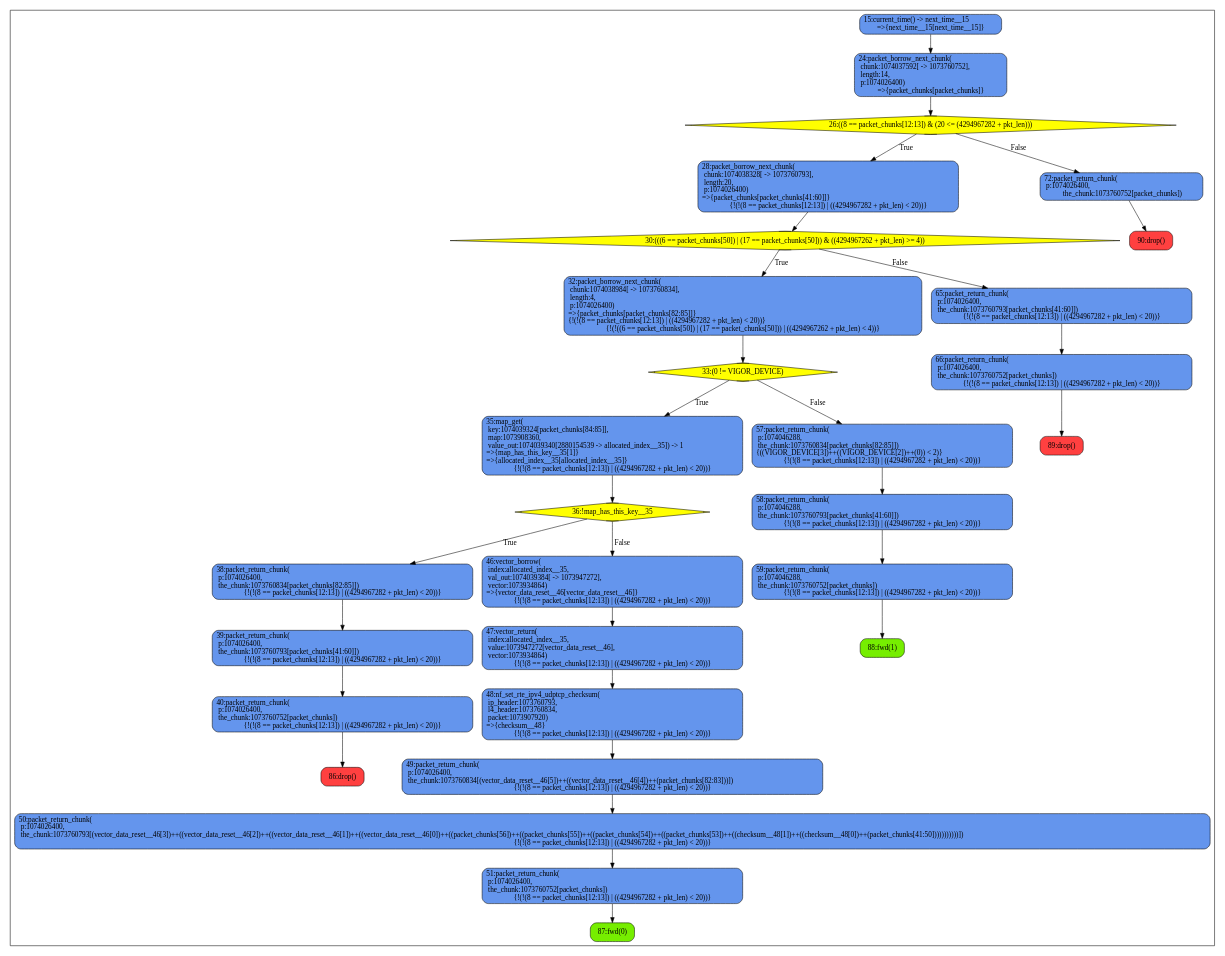
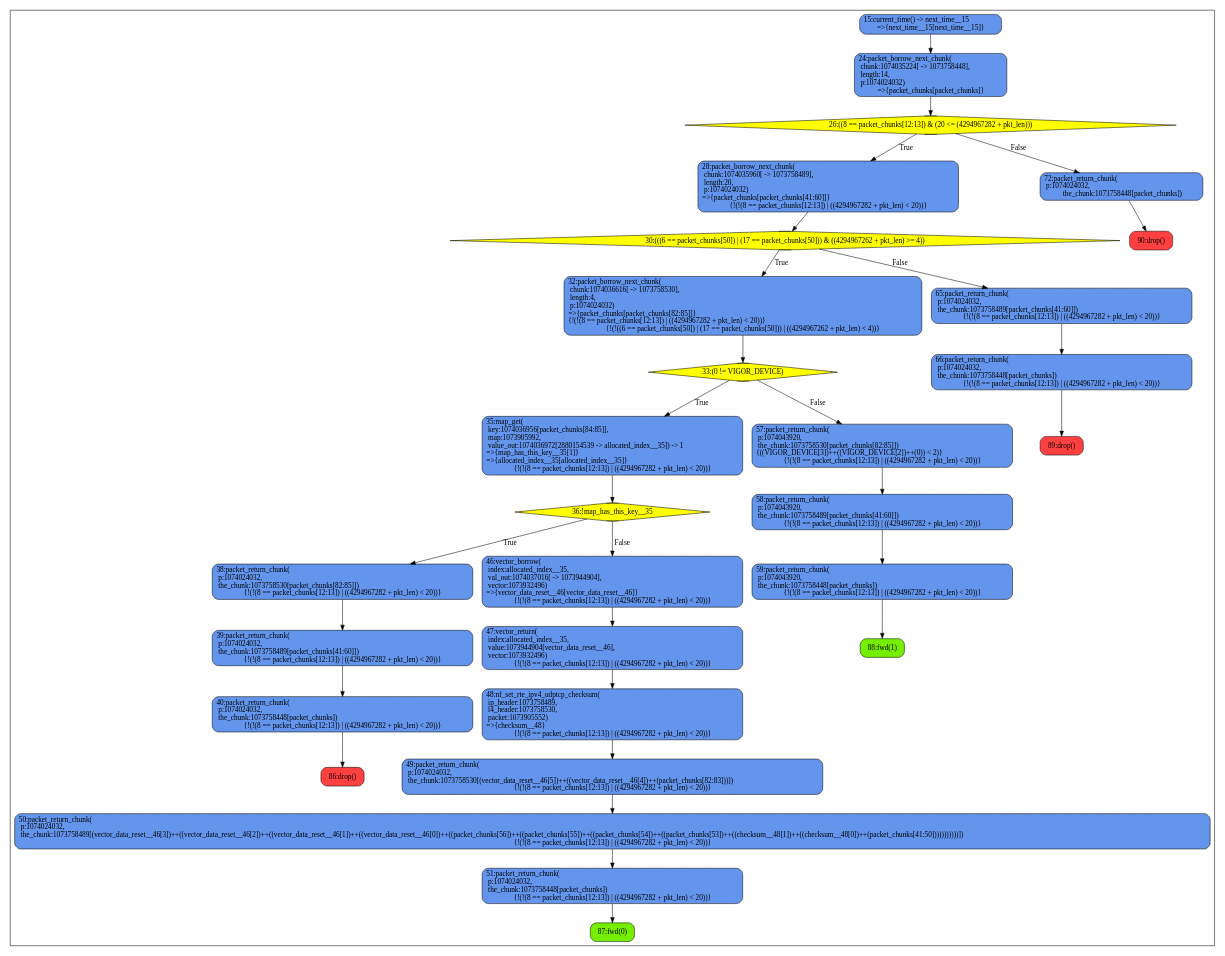
The diagram in bdds/gallium-proxy.gv (gui-baeta/synapse), drawn with Graphviz before and after one commit. The commit also changed 288 other files, not shown here.

```diff
--- a/bdds/gallium-proxy.gv
+++ b/bdds/gallium-proxy.gv
@@ -1,63 +1,63 @@
 digraph mygraph {
 	node [shape=box style=rounded border=0];
 	subgraph clusterprocess {
 		node [style="rounded,filled",color=black];
 		86 [label="86:drop()", fillcolor="brown1"];
-		40 [label="40:packet_return_chunk(\l  p:1074026400,\l  the_chunk:1073760752[packet_chunks])\l{!(!(8 == packet_chunks[12:13]) | ((4294967282 + pkt_len) < 20))}", fillcolor="cornflowerblue"];
+		40 [label="40:packet_return_chunk(\l  p:1074024032,\l  the_chunk:1073758448[packet_chunks])\l{!(!(8 == packet_chunks[12:13]) | ((4294967282 + pkt_len) < 20))}", fillcolor="cornflowerblue"];
 		40 -> 86;
-		39 [label="39:packet_return_chunk(\l  p:1074026400,\l  the_chunk:1073760793[packet_chunks[41:60]])\l{!(!(8 == packet_chunks[12:13]) | ((4294967282 + pkt_len) < 20))}", fillcolor="cornflowerblue"];
+		39 [label="39:packet_return_chunk(\l  p:1074024032,\l  the_chunk:1073758489[packet_chunks[41:60]])\l{!(!(8 == packet_chunks[12:13]) | ((4294967282 + pkt_len) < 20))}", fillcolor="cornflowerblue"];
 		39 -> 40;
-		38 [label="38:packet_return_chunk(\l  p:1074026400,\l  the_chunk:1073760834[packet_chunks[82:85]])\l{!(!(8 == packet_chunks[12:13]) | ((4294967282 + pkt_len) < 20))}", fillcolor="cornflowerblue"];
+		38 [label="38:packet_return_chunk(\l  p:1074024032,\l  the_chunk:1073758530[packet_chunks[82:85]])\l{!(!(8 == packet_chunks[12:13]) | ((4294967282 + pkt_len) < 20))}", fillcolor="cornflowerblue"];
 		38 -> 39;
 		87 [label="87:fwd(0)", fillcolor="chartreuse2"];
-		51 [label="51:packet_return_chunk(\l  p:1074026400,\l  the_chunk:1073760752[packet_chunks])\l{!(!(8 == packet_chunks[12:13]) | ((4294967282 + pkt_len) < 20))}", fillcolor="cornflowerblue"];
+		51 [label="51:packet_return_chunk(\l  p:1074024032,\l  the_chunk:1073758448[packet_chunks])\l{!(!(8 == packet_chunks[12:13]) | ((4294967282 + pkt_len) < 20))}", fillcolor="cornflowerblue"];
 		51 -> 87;
-		50 [label="50:packet_return_chunk(\l  p:1074026400,\l  the_chunk:1073760793[(vector_data_reset__46[3])++((vector_data_reset__46[2])++((vector_data_reset__46[1])++((vector_data_reset__46[0])++((packet_chunks[56])++((packet_chunks[55])++((packet_chunks[54])++((packet_chunks[53])++((checksum__48[1])++((checksum__48[0])++(packet_chunks[41:50]))))))))))])\l{!(!(8 == packet_chunks[12:13]) | ((4294967282 + pkt_len) < 20))}", fillcolor="cornflowerblue"];
+		50 [label="50:packet_return_chunk(\l  p:1074024032,\l  the_chunk:1073758489[(vector_data_reset__46[3])++((vector_data_reset__46[2])++((vector_data_reset__46[1])++((vector_data_reset__46[0])++((packet_chunks[56])++((packet_chunks[55])++((packet_chunks[54])++((packet_chunks[53])++((checksum__48[1])++((checksum__48[0])++(packet_chunks[41:50]))))))))))])\l{!(!(8 == packet_chunks[12:13]) | ((4294967282 + pkt_len) < 20))}", fillcolor="cornflowerblue"];
 		50 -> 51;
-		49 [label="49:packet_return_chunk(\l  p:1074026400,\l  the_chunk:1073760834[(vector_data_reset__46[5])++((vector_data_reset__46[4])++(packet_chunks[82:83]))])\l{!(!(8 == packet_chunks[12:13]) | ((4294967282 + pkt_len) < 20))}", fillcolor="cornflowerblue"];
+		49 [label="49:packet_return_chunk(\l  p:1074024032,\l  the_chunk:1073758530[(vector_data_reset__46[5])++((vector_data_reset__46[4])++(packet_chunks[82:83]))])\l{!(!(8 == packet_chunks[12:13]) | ((4294967282 + pkt_len) < 20))}", fillcolor="cornflowerblue"];
 		49 -> 50;
-		48 [label="48:nf_set_rte_ipv4_udptcp_checksum(\l  ip_header:1073760793,\l  l4_header:1073760834,\l  packet:1073907920)\l=>{checksum__48}\l{!(!(8 == packet_chunks[12:13]) | ((4294967282 + pkt_len) < 20))}", fillcolor="cornflowerblue"];
+		48 [label="48:nf_set_rte_ipv4_udptcp_checksum(\l  ip_header:1073758489,\l  l4_header:1073758530,\l  packet:1073905552)\l=>{checksum__48}\l{!(!(8 == packet_chunks[12:13]) | ((4294967282 + pkt_len) < 20))}", fillcolor="cornflowerblue"];
 		48 -> 49;
-		47 [label="47:vector_return(\l  index:allocated_index__35,\l  value:1073947272[vector_data_reset__46],\l  vector:1073934864)\l{!(!(8 == packet_chunks[12:13]) | ((4294967282 + pkt_len) < 20))}", fillcolor="cornflowerblue"];
+		47 [label="47:vector_return(\l  index:allocated_index__35,\l  value:1073944904[vector_data_reset__46],\l  vector:1073932496)\l{!(!(8 == packet_chunks[12:13]) | ((4294967282 + pkt_len) < 20))}", fillcolor="cornflowerblue"];
 		47 -> 48;
-		46 [label="46:vector_borrow(\l  index:allocated_index__35,\l  val_out:1074039384[ -> 1073947272],\l  vector:1073934864)\l=>{vector_data_reset__46[vector_data_reset__46]}\l{!(!(8 == packet_chunks[12:13]) | ((4294967282 + pkt_len) < 20))}", fillcolor="cornflowerblue"];
+		46 [label="46:vector_borrow(\l  index:allocated_index__35,\l  val_out:1074037016[ -> 1073944904],\l  vector:1073932496)\l=>{vector_data_reset__46[vector_data_reset__46]}\l{!(!(8 == packet_chunks[12:13]) | ((4294967282 + pkt_len) < 20))}", fillcolor="cornflowerblue"];
 		46 -> 47;
 		36 [shape=Mdiamond, label="36:!map_has_this_key__35", fillcolor="yellow"];
 		36 -> 38 [label="True"];
 		36 -> 46 [label="False"];
-		35 [label="35:map_get(\l  key:1074039324[packet_chunks[84:85]],\l  map:1073908360,\l  value_out:1074039340[2880154539 -> allocated_index__35]) -> 1\l=>{map_has_this_key__35[1]}\l=>{allocated_index__35[allocated_index__35]}\l{!(!(8 == packet_chunks[12:13]) | ((4294967282 + pkt_len) < 20))}", fillcolor="cornflowerblue"];
+		35 [label="35:map_get(\l  key:1074036956[packet_chunks[84:85]],\l  map:1073905992,\l  value_out:1074036972[2880154539 -> allocated_index__35]) -> 1\l=>{map_has_this_key__35[1]}\l=>{allocated_index__35[allocated_index__35]}\l{!(!(8 == packet_chunks[12:13]) | ((4294967282 + pkt_len) < 20))}", fillcolor="cornflowerblue"];
 		35 -> 36;
 		88 [label="88:fwd(1)", fillcolor="chartreuse2"];
-		59 [label="59:packet_return_chunk(\l  p:1074046288,\l  the_chunk:1073760752[packet_chunks])\l{!(!(8 == packet_chunks[12:13]) | ((4294967282 + pkt_len) < 20))}", fillcolor="cornflowerblue"];
+		59 [label="59:packet_return_chunk(\l  p:1074043920,\l  the_chunk:1073758448[packet_chunks])\l{!(!(8 == packet_chunks[12:13]) | ((4294967282 + pkt_len) < 20))}", fillcolor="cornflowerblue"];
 		59 -> 88;
-		58 [label="58:packet_return_chunk(\l  p:1074046288,\l  the_chunk:1073760793[packet_chunks[41:60]])\l{!(!(8 == packet_chunks[12:13]) | ((4294967282 + pkt_len) < 20))}", fillcolor="cornflowerblue"];
+		58 [label="58:packet_return_chunk(\l  p:1074043920,\l  the_chunk:1073758489[packet_chunks[41:60]])\l{!(!(8 == packet_chunks[12:13]) | ((4294967282 + pkt_len) < 20))}", fillcolor="cornflowerblue"];
 		58 -> 59;
-		57 [label="57:packet_return_chunk(\l  p:1074046288,\l  the_chunk:1073760834[packet_chunks[82:85]])\l{((VIGOR_DEVICE[3])++((VIGOR_DEVICE[2])++(0)) < 2)}\l{!(!(8 == packet_chunks[12:13]) | ((4294967282 + pkt_len) < 20))}", fillcolor="cornflowerblue"];
+		57 [label="57:packet_return_chunk(\l  p:1074043920,\l  the_chunk:1073758530[packet_chunks[82:85]])\l{((VIGOR_DEVICE[3])++((VIGOR_DEVICE[2])++(0)) < 2)}\l{!(!(8 == packet_chunks[12:13]) | ((4294967282 + pkt_len) < 20))}", fillcolor="cornflowerblue"];
 		57 -> 58;
 		33 [shape=Mdiamond, label="33:(0 != VIGOR_DEVICE)", fillcolor="yellow"];
 		33 -> 35 [label="True"];
 		33 -> 57 [label="False"];
-		32 [label="32:packet_borrow_next_chunk(\l  chunk:1074038984[ -> 1073760834],\l  length:4,\l  p:1074026400)\l=>{packet_chunks[packet_chunks[82:85]]}\l{!(!(8 == packet_chunks[12:13]) | ((4294967282 + pkt_len) < 20))}\l{!(!((6 == packet_chunks[50]) | (17 == packet_chunks[50])) | ((4294967262 + pkt_len) < 4))}", fillcolor="cornflowerblue"];
+		32 [label="32:packet_borrow_next_chunk(\l  chunk:1074036616[ -> 1073758530],\l  length:4,\l  p:1074024032)\l=>{packet_chunks[packet_chunks[82:85]]}\l{!(!(8 == packet_chunks[12:13]) | ((4294967282 + pkt_len) < 20))}\l{!(!((6 == packet_chunks[50]) | (17 == packet_chunks[50])) | ((4294967262 + pkt_len) < 4))}", fillcolor="cornflowerblue"];
 		32 -> 33;
 		89 [label="89:drop()", fillcolor="brown1"];
-		66 [label="66:packet_return_chunk(\l  p:1074026400,\l  the_chunk:1073760752[packet_chunks])\l{!(!(8 == packet_chunks[12:13]) | ((4294967282 + pkt_len) < 20))}", fillcolor="cornflowerblue"];
+		66 [label="66:packet_return_chunk(\l  p:1074024032,\l  the_chunk:1073758448[packet_chunks])\l{!(!(8 == packet_chunks[12:13]) | ((4294967282 + pkt_len) < 20))}", fillcolor="cornflowerblue"];
 		66 -> 89;
-		65 [label="65:packet_return_chunk(\l  p:1074026400,\l  the_chunk:1073760793[packet_chunks[41:60]])\l{!(!(8 == packet_chunks[12:13]) | ((4294967282 + pkt_len) < 20))}", fillcolor="cornflowerblue"];
+		65 [label="65:packet_return_chunk(\l  p:1074024032,\l  the_chunk:1073758489[packet_chunks[41:60]])\l{!(!(8 == packet_chunks[12:13]) | ((4294967282 + pkt_len) < 20))}", fillcolor="cornflowerblue"];
 		65 -> 66;
 		30 [shape=Mdiamond, label="30:(((6 == packet_chunks[50]) | (17 == packet_chunks[50])) & ((4294967262 + pkt_len) >= 4))", fillcolor="yellow"];
 		30 -> 32 [label="True"];
 		30 -> 65 [label="False"];
-		28 [label="28:packet_borrow_next_chunk(\l  chunk:1074038328[ -> 1073760793],\l  length:20,\l  p:1074026400)\l=>{packet_chunks[packet_chunks[41:60]]}\l{!(!(8 == packet_chunks[12:13]) | ((4294967282 + pkt_len) < 20))}", fillcolor="cornflowerblue"];
+		28 [label="28:packet_borrow_next_chunk(\l  chunk:1074035960[ -> 1073758489],\l  length:20,\l  p:1074024032)\l=>{packet_chunks[packet_chunks[41:60]]}\l{!(!(8 == packet_chunks[12:13]) | ((4294967282 + pkt_len) < 20))}", fillcolor="cornflowerblue"];
 		28 -> 30;
 		90 [label="90:drop()", fillcolor="brown1"];
-		72 [label="72:packet_return_chunk(\l  p:1074026400,\l  the_chunk:1073760752[packet_chunks])", fillcolor="cornflowerblue"];
+		72 [label="72:packet_return_chunk(\l  p:1074024032,\l  the_chunk:1073758448[packet_chunks])", fillcolor="cornflowerblue"];
 		72 -> 90;
 		26 [shape=Mdiamond, label="26:((8 == packet_chunks[12:13]) & (20 <= (4294967282 + pkt_len)))", fillcolor="yellow"];
 		26 -> 28 [label="True"];
 		26 -> 72 [label="False"];
-		24 [label="24:packet_borrow_next_chunk(\l  chunk:1074037592[ -> 1073760752],\l  length:14,\l  p:1074026400)\l=>{packet_chunks[packet_chunks]}", fillcolor="cornflowerblue"];
+		24 [label="24:packet_borrow_next_chunk(\l  chunk:1074035224[ -> 1073758448],\l  length:14,\l  p:1074024032)\l=>{packet_chunks[packet_chunks]}", fillcolor="cornflowerblue"];
 		24 -> 26;
 		15 [label="15:current_time() -> next_time__15\l=>{next_time__15[next_time__15]}", fillcolor="cornflowerblue"];
 		15 -> 24;
 	}
 }
```
